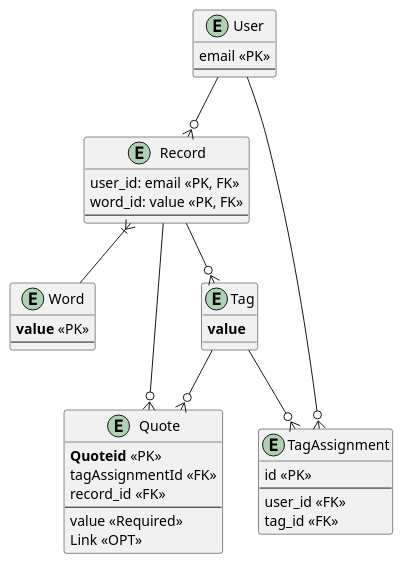
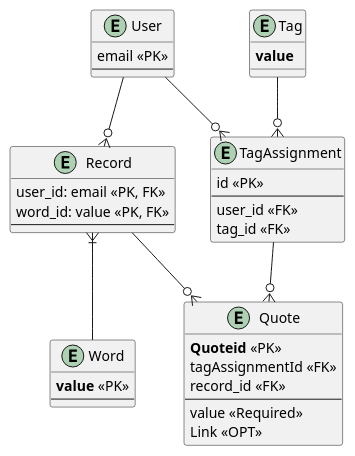
Before and after one commit to wenhaoy-0428/Eng-Memo: the diagram in docs/data.puml, drawn with PlantUML. The commit also changed 8 other files, not shown here.

```diff
--- a/docs/data.puml
+++ b/docs/data.puml
@@ -1,57 +1,56 @@
 @startuml
 
 entity User {
     email <<PK>>
     --
 } 
 
 entity Record {
     user_id: email <<PK, FK>>
     word_id: value <<PK, FK>>
     --
 }
 
 entity Word {
     **value** <<PK>>
     --
 }
 
 entity TagAssignment {
     id <<PK>>
     --
     user_id <<FK>>
     tag_id <<FK>>
 }
 
 
 entity Tag {
     **value**
 }
 
 entity Quote {
     **Quoteid** <<PK>>
     tagAssignmentId <<FK>>
     record_id <<FK>>
     --
     value <<Required>>
     Link <<OPT>>
 }
 
 
 
 User --o{ Record
 
 Record }|-- Word
 
-Record --o{ Tag
 
 Record --o{ Quote
 
-Tag --o{ Quote
+TagAssignment --o{ Quote
 
 User --o{ TagAssignment
 
 Tag --o{ TagAssignment
 
 
 @enduml
```
